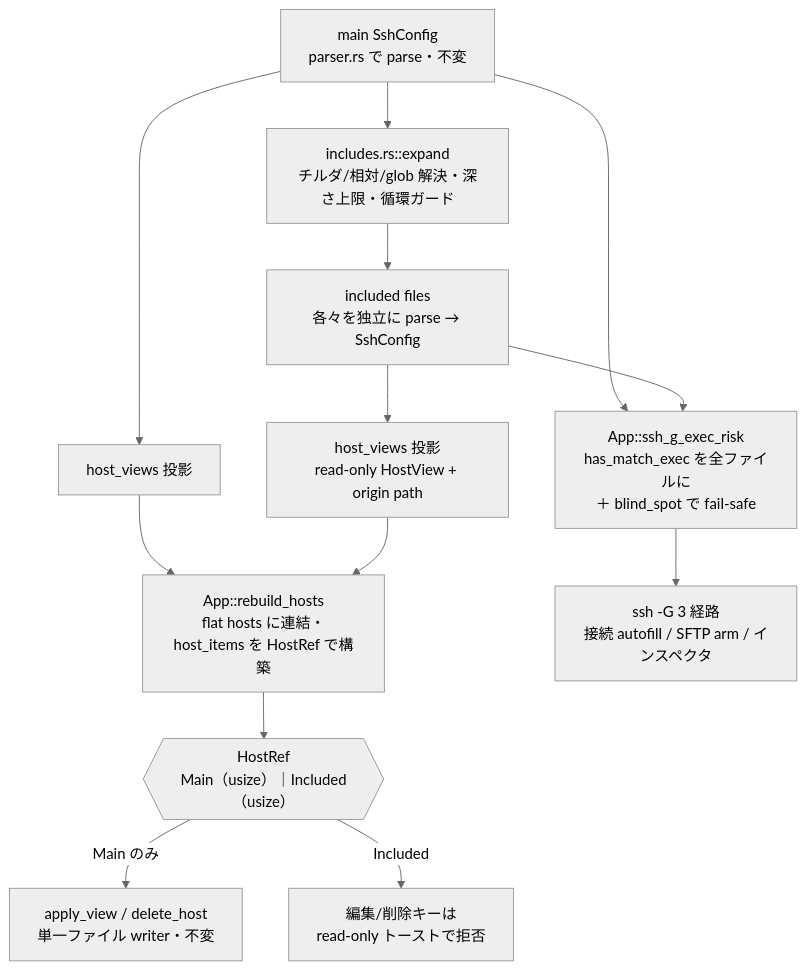
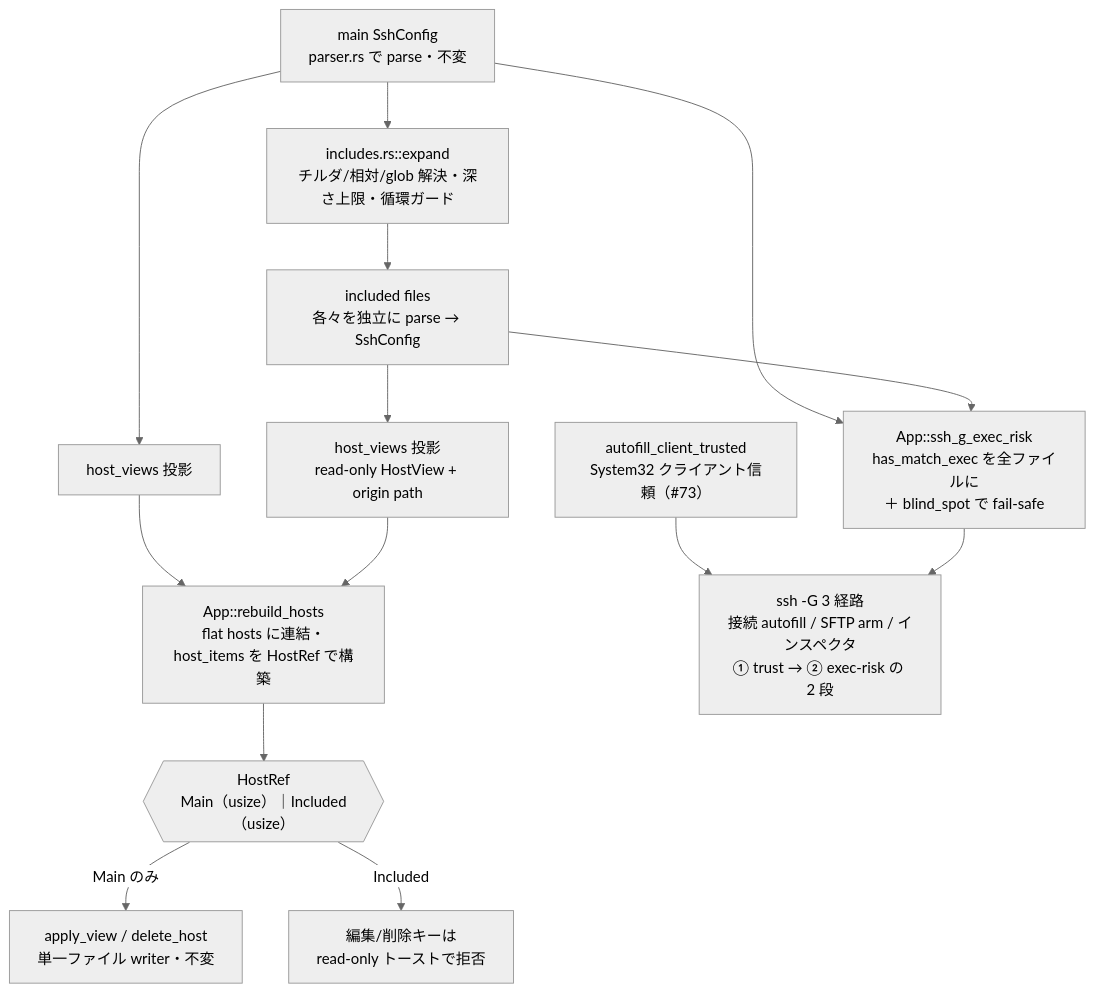
Before and after one commit to nakaba-lab/ssh-manager-tui: the first of 2 diagrams in docs/design/includes.md, drawn with Mermaid (neutral theme). The commit also changed other lines of this file and 3 other files, not shown here.

````diff
--- a/docs/design/includes.md
+++ b/docs/design/includes.md
@@ -19,15 +19,16 @@
 ```mermaid
 flowchart TB
     main[main SshConfig<br/>parser.rs で parse・不変] --> expand[includes.rs::expand<br/>チルダ/相対/glob 解決・深さ上限・循環ガード]
     expand --> incparse[included files<br/>各々を独立に parse → SshConfig]
     incparse --> incviews[host_views 投影<br/>read-only HostView + origin path]
     main --> mainviews[host_views 投影]
     mainviews --> rebuild[App::rebuild_hosts<br/>flat hosts に連結・host_items を HostRef で構築]
     incviews --> rebuild
     rebuild --> hostref{{HostRef<br/>Main（usize）｜Included（usize）}}
     hostref -->|Main のみ| write[apply_view / delete_host<br/>単一ファイル writer・不変]
     hostref -->|Included| refuse[編集/削除キーは<br/>read-only トーストで拒否]
     main --> scan[App::ssh_g_exec_risk<br/>has_match_exec を全ファイルに<br/>＋ blind_spot で fail-safe]
     incparse --> scan
-    scan --> gates[ssh -G 3 経路<br/>接続 autofill / SFTP arm / インスペクタ]
+    trust[autofill_client_trusted<br/>System32 クライアント信頼（#73）] --> gates
+    scan --> gates[ssh -G 3 経路<br/>接続 autofill / SFTP arm / インスペクタ<br/>① trust → ② exec-risk の 2 段]
 ```
````
